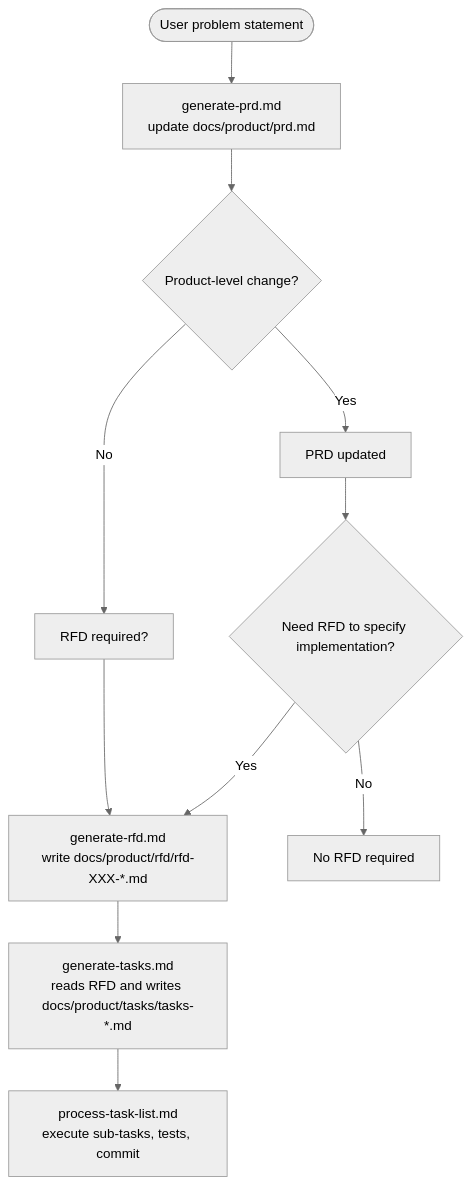
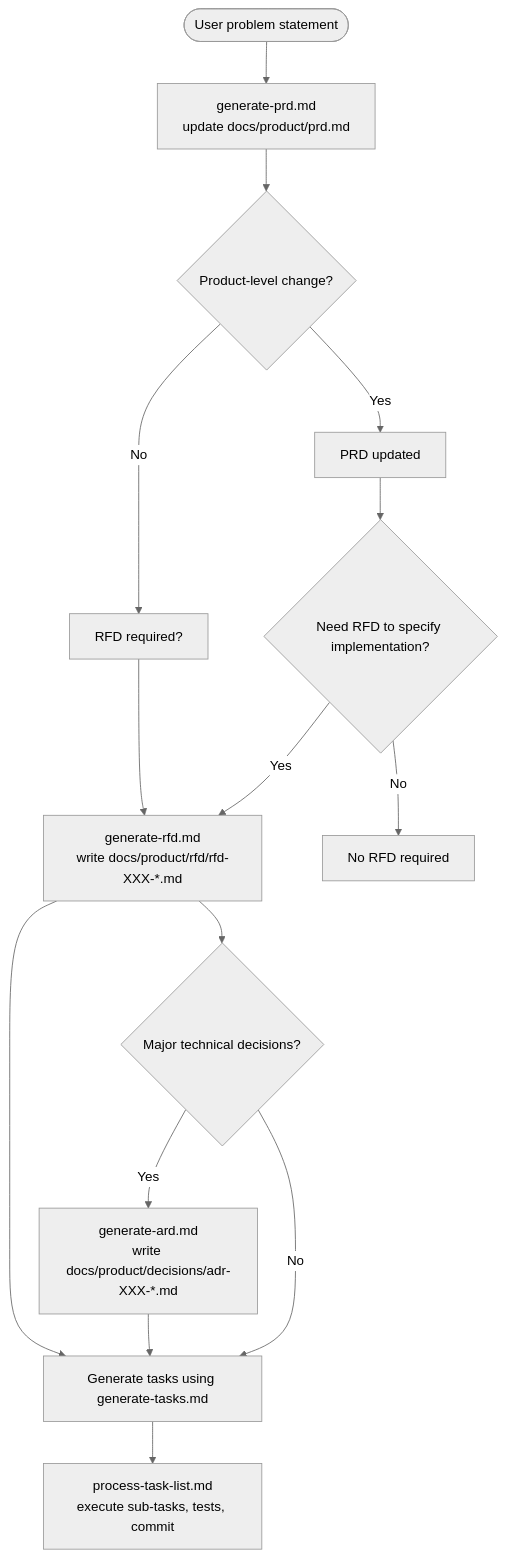
Before and after one commit to costaivo/quotes-app-ai-powered-2026: the diagram in docs/prompts/readme.md, drawn with Mermaid (neutral theme). The commit also changed other lines of this file, not shown here.

Commit message:
feat: enhance workflow documentation with major technical decisions
- Update the flowchart in the README to include a decision point for major technical decisions.
- Add a new step for generating architecture decision documents (ARD) if major decisions are identified, improving clarity in the documentation process.

````diff
--- a/docs/prompts/readme.md
+++ b/docs/prompts/readme.md
@@ -64,13 +68,17 @@
 ```mermaid
 flowchart TD
   A([User problem statement]) --> B["generate-prd.md<br/>update docs/product/prd.md"]
   B --> C{Product-level change?}
   C -->|Yes| D[PRD updated]
   C -->|No| E["RFD required?"]
   D --> F{Need RFD to specify implementation?}
   F -->|Yes| G["generate-rfd.md<br/>write docs/product/rfd/rfd-XXX-*.md"]
   F -->|No| H[No RFD required]
   E --> G
-  G --> I["generate-tasks.md<br/>reads RFD and writes docs/product/tasks/tasks-*.md"]
+  G --> K{Major technical decisions?}
+  K -->|Yes| L["generate-ard.md<br/>write docs/product/decisions/adr-XXX-*.md"]
+  K -->|No| I
+  L --> I 
+  G --> I["Generate tasks using generate-tasks.md"] 
   I --> J["process-task-list.md<br/>execute sub-tasks, tests, commit"]
 ```
````
